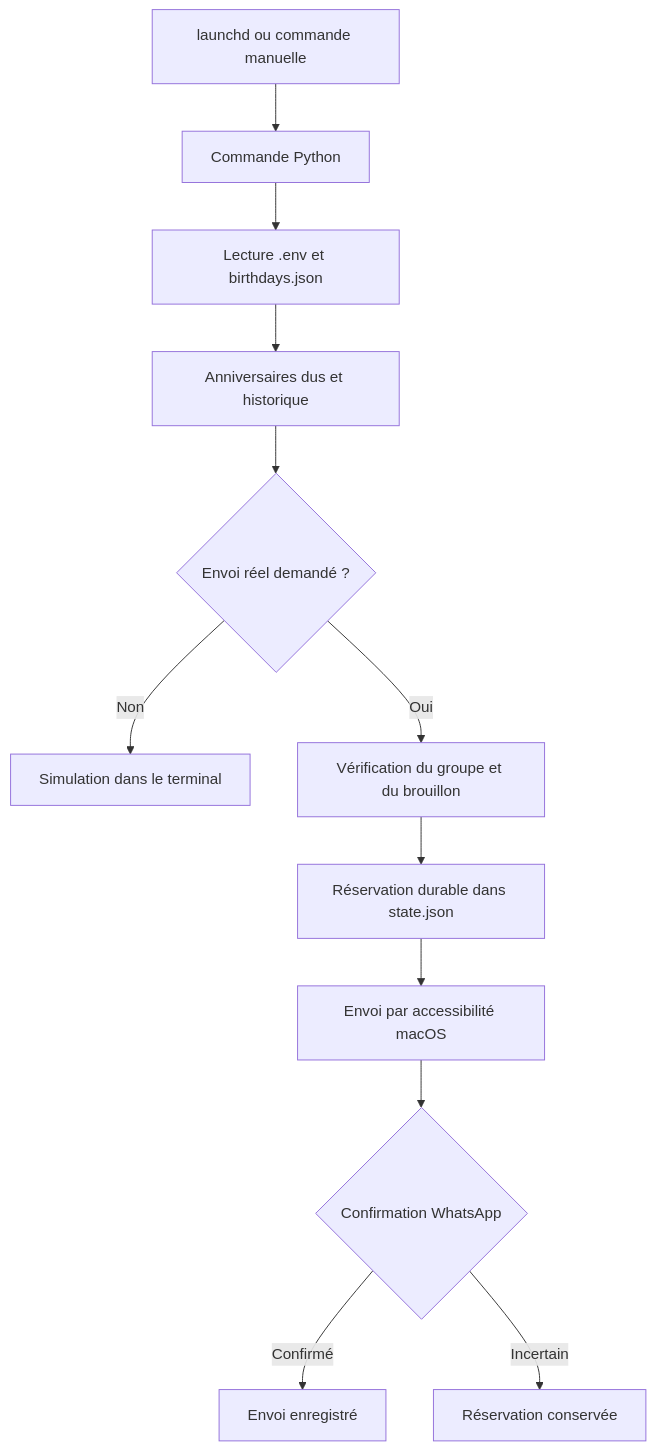
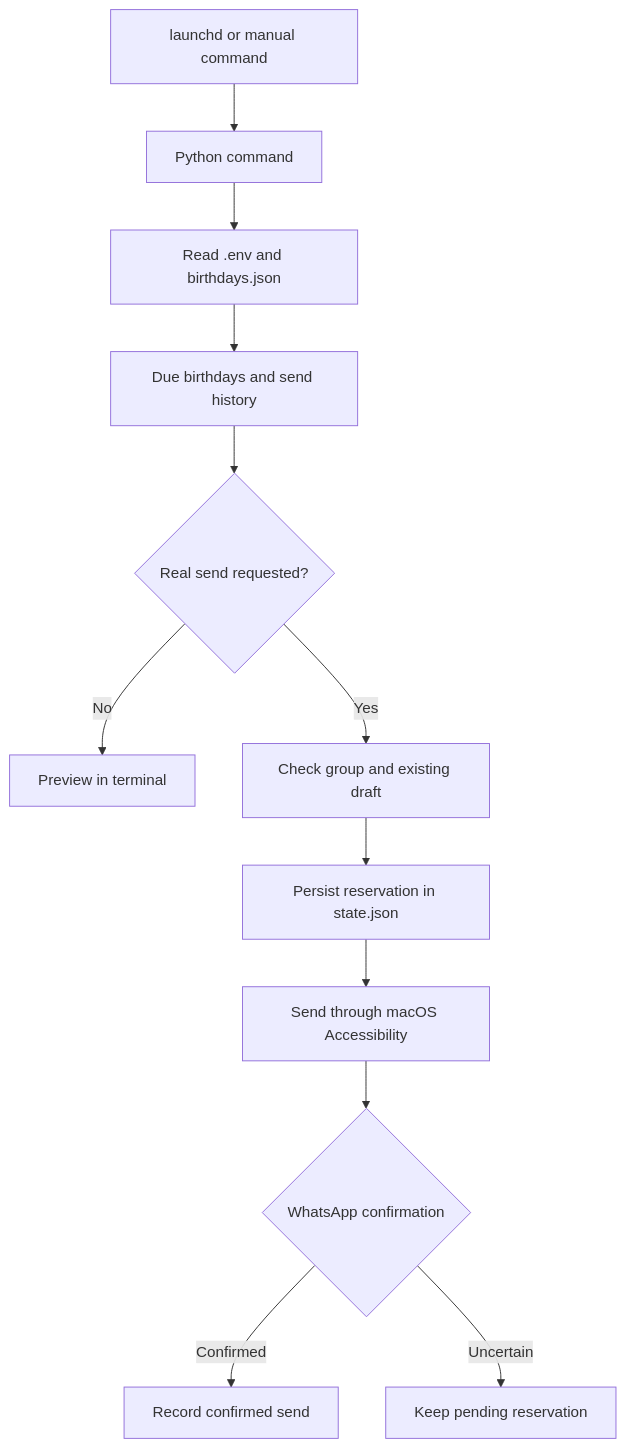
The diagram in README.md (Wolfidy7/whatsapp-birthday-bot-macos), drawn with Mermaid before and after one commit. The commit also changed other lines of this file, not shown here.

````diff
--- a/README.md
+++ b/README.md
@@ -211,14 +211,14 @@
 ```mermaid
 flowchart TD
-    L[launchd ou commande manuelle] --> M[Commande Python]
-    M --> C[Lecture .env et birthdays.json]
-    C --> D[Anniversaires dus et historique]
-    D --> S{Envoi réel demandé ?}
-    S -->|Non| P[Simulation dans le terminal]
-    S -->|Oui| V[Vérification du groupe et du brouillon]
-    V --> R[Réservation durable dans state.json]
-    R --> A[Envoi par accessibilité macOS]
-    A --> F{Confirmation WhatsApp}
-    F -->|Confirmé| H[Envoi enregistré]
-    F -->|Incertain| B[Réservation conservée]
+    L[launchd or manual command] --> M[Python command]
+    M --> C[Read .env and birthdays.json]
+    C --> D[Due birthdays and send history]
+    D --> S{Real send requested?}
+    S -->|No| P[Preview in terminal]
+    S -->|Yes| V[Check group and existing draft]
+    V --> R[Persist reservation in state.json]
+    R --> A[Send through macOS Accessibility]
+    A --> F{WhatsApp confirmation}
+    F -->|Confirmed| H[Record confirmed send]
+    F -->|Uncertain| B[Keep pending reservation]
 ```
````
